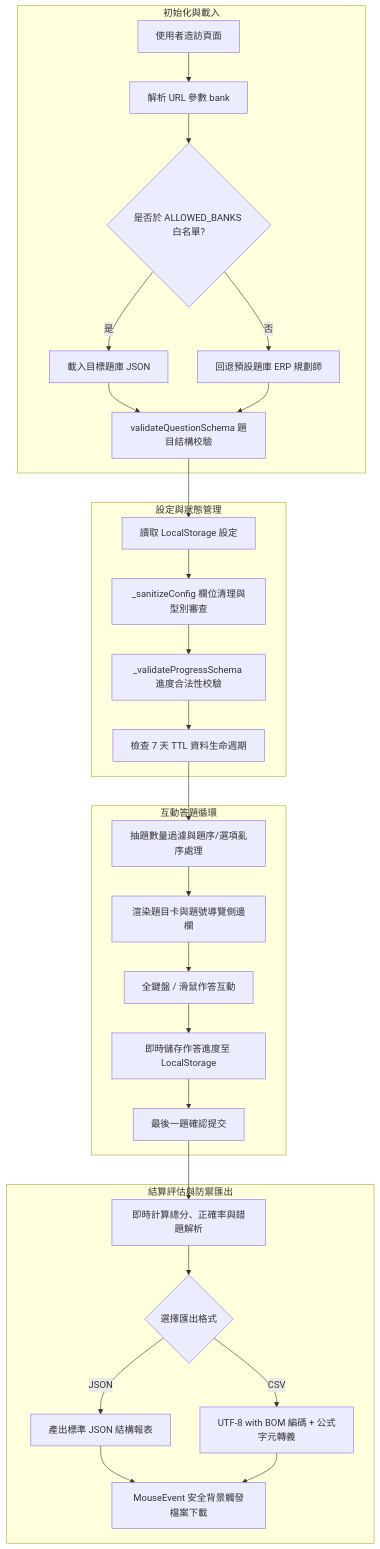
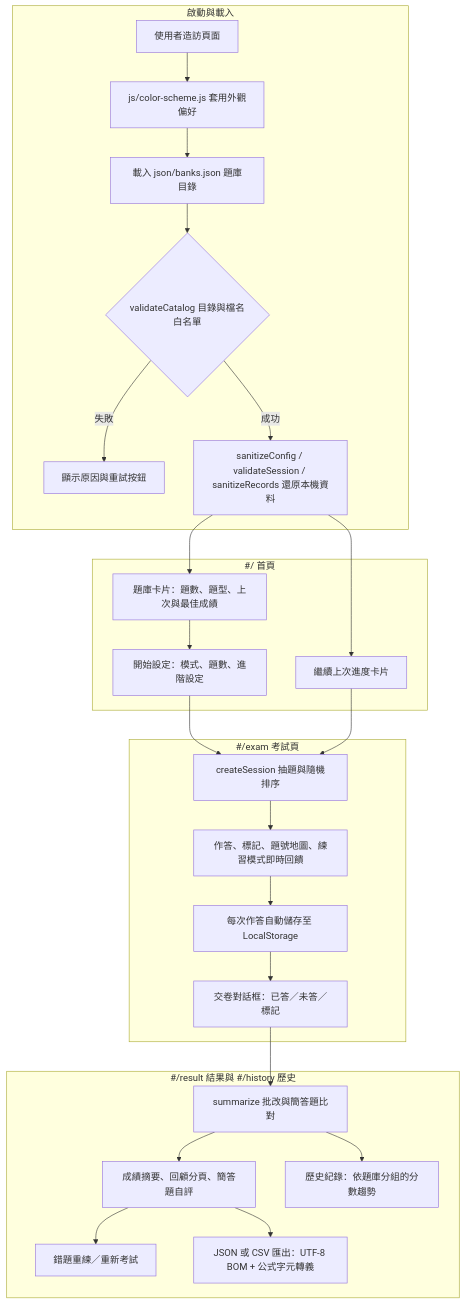
The first of 2 diagrams in README.md (Scorpio-meow/Examination-System), drawn with Mermaid before and after one commit. The commit also changed other lines of this file and 49 other files, not shown here.

````diff
--- a/README.md
+++ b/README.md
@@ -91,35 +94,32 @@
 ```mermaid
 flowchart TD
-    subgraph ClientInit [初始化與載入]
-        A[使用者造訪頁面] --> B[解析 URL 參數 bank]
-        B --> C{是否於 ALLOWED_BANKS 白名單?}
-        C -- 是 --> D[載入目標題庫 JSON]
-        C -- 否 --> E[回退預設題庫 ERP 規劃師]
-        D --> F[validateQuestionSchema 題目結構校驗]
-        E --> F
+    subgraph Boot [啟動與載入]
+        A[使用者造訪頁面] --> B[js/color-scheme.js 套用外觀偏好]
+        B --> C[載入 json/banks.json 題庫目錄]
+        C --> D{validateCatalog 目錄與檔名白名單}
+        D -- 失敗 --> E[顯示原因與重試按鈕]
+        D -- 成功 --> F[sanitizeConfig / validateSession / sanitizeRecords 還原本機資料]
     end
 
-    subgraph StateManagement [設定與狀態管理]
-        F --> G[讀取 LocalStorage 設定]
-        G --> H[_sanitizeConfig 欄位清理與型別審查]
-        H --> I[_validateProgressSchema 進度合法性校驗]
-        I --> J[檢查 7 天 TTL 資料生命週期]
+    subgraph Home ["#/ 首頁"]
+        F --> G[題庫卡片：題數、題型、上次與最佳成績]
+        G --> H[開始設定：模式、題數、進階設定]
+        F --> I[繼續上次進度卡片]
     end
 
-    subgraph ExamSession [互動答題循環]
-        J --> K[抽題數量過濾與題序/選項亂序處理]
-        K --> L[渲染題目卡與題號導覽側邊欄]
-        L --> M[全鍵盤 / 滑鼠作答互動]
-        M --> N[即時儲存作答進度至 LocalStorage]
-        N --> O[最後一題確認提交]
+    subgraph Exam ["#/exam 考試頁"]
+        H --> J[createSession 抽題與隨機排序]
+        I --> J
+        J --> K[作答、標記、題號地圖、練習模式即時回饋]
+        K --> L[每次作答自動儲存至 LocalStorage]
+        L --> M[交卷對話框：已答／未答／標記]
     end
 
-    subgraph EvaluationExport [結算評估與防禦匯出]
-        O --> P[即時計算總分、正確率與錯題解析]
-        P --> Q{選擇匯出格式}
-        Q -- JSON --> R[產出標準 JSON 結構報表]
-        Q -- CSV --> S[UTF-8 with BOM 編碼 + 公式字元轉義]
-        R --> T[MouseEvent 安全背景觸發檔案下載]
-        S --> T
+    subgraph Result ["#/result 結果與 #/history 歷史"]
+        M --> N[summarize 批改與簡答題比對]
+        N --> O[成績摘要、回顧分頁、簡答題自評]
+        O --> P[錯題重練／重新考試]
+        O --> Q[JSON 或 CSV 匯出：UTF-8 BOM + 公式字元轉義]
+        N --> R[歷史紀錄：依題庫分組的分數趨勢]
     end
 ```
````
